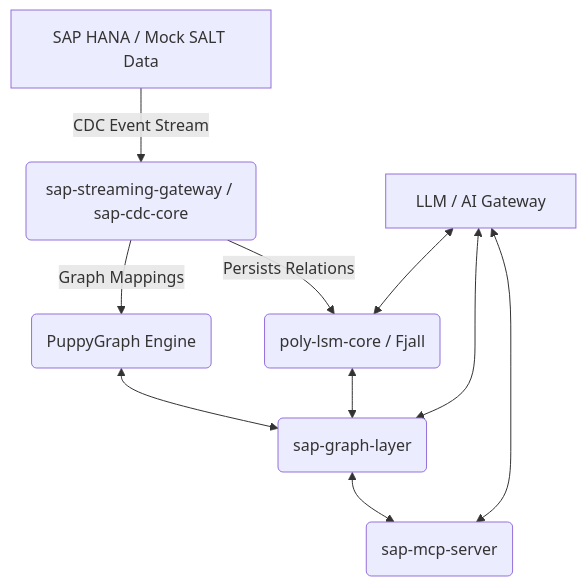
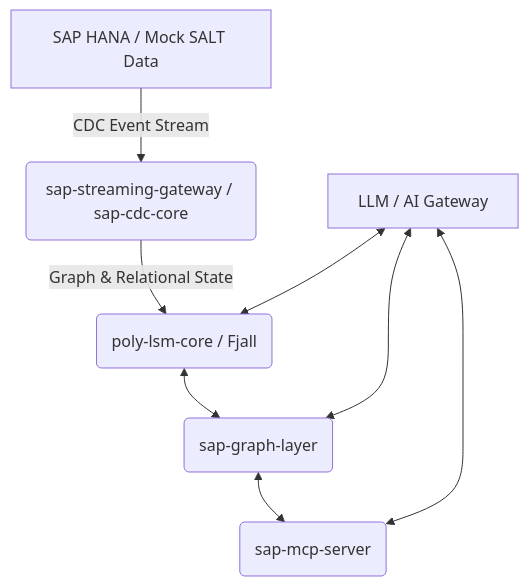
Before and after one commit to samay2504/SAPiola: the diagram in docs/architecture.md, drawn with Mermaid. The commit also changed other lines of this file and 41 other files, not shown here.

````diff
--- a/docs/architecture.md
+++ b/docs/architecture.md
@@ -9,12 +9,10 @@
 ```mermaid
 graph TD
     A[SAP HANA / Mock SALT Data] -->|CDC Event Stream| B(sap-streaming-gateway / sap-cdc-core)
-    B -->|Persists Relations| C(poly-lsm-core / Fjall)
-    B -->|Graph Mappings| D(PuppyGraph Engine)
+    B -->|Graph & Relational State| C(poly-lsm-core / Fjall)
     C <--> E(sap-graph-layer)
-    D <--> E
     E <--> F(sap-mcp-server)
     G[LLM / AI Gateway] <--> F
     G <--> E
     G <--> C
 ```
````
